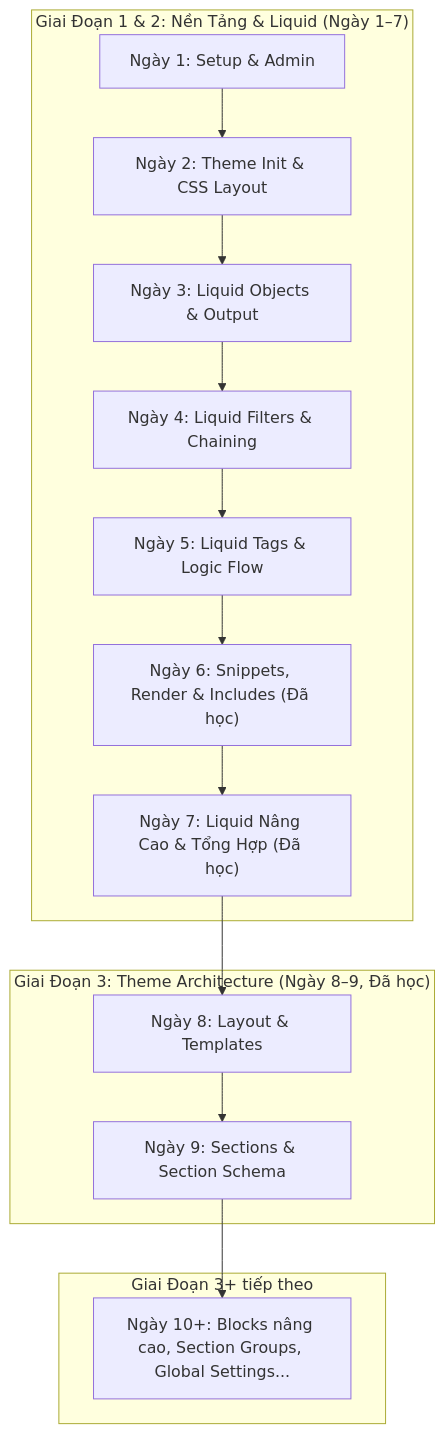
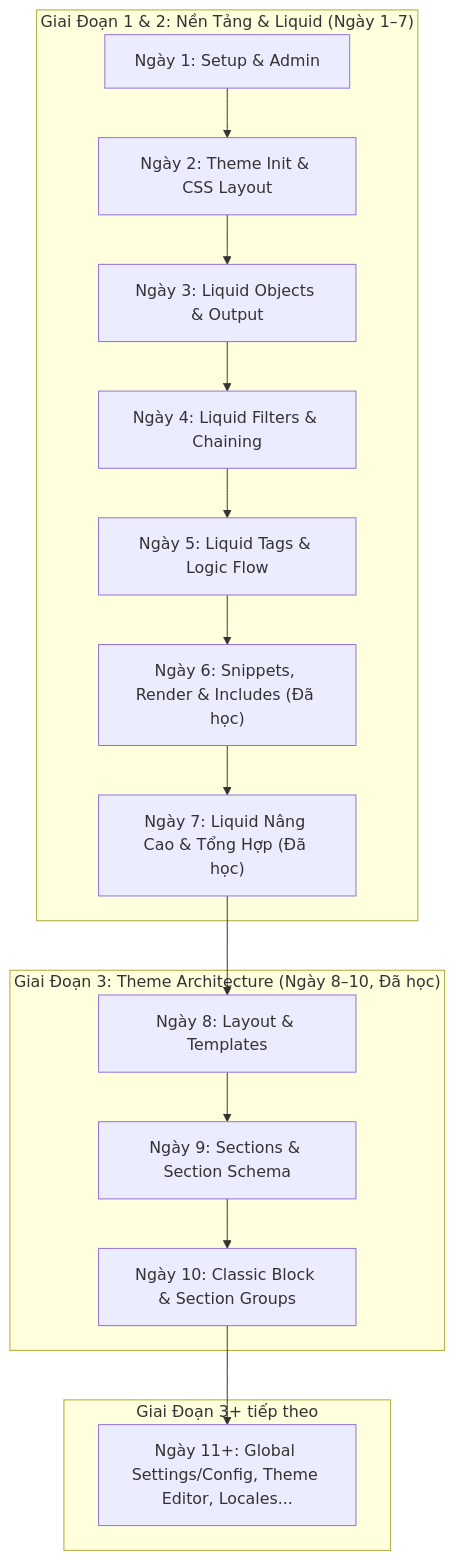
One commit to phamduc-is/shopify-liquid changed the diagram in docs/shopify-liquid-summary.md. Above: the diagram before and after it, drawn with Mermaid. The commit also changed other lines of this file and 2 other files, not shown here.

````diff
--- a/docs/shopify-liquid-summary.md
+++ b/docs/shopify-liquid-summary.md
@@ -36,20 +37,21 @@
 ```mermaid
 graph TD
     subgraph Giai_Doan_1_Va_2 ["Giai Đoạn 1 & 2: Nền Tảng & Liquid (Ngày 1–7)"]
         D1["Ngày 1: Setup & Admin"] --> D2["Ngày 2: Theme Init & CSS Layout"]
         D2 --> D3["Ngày 3: Liquid Objects & Output"]
         D3 --> D4["Ngày 4: Liquid Filters & Chaining"]
         D4 --> D5["Ngày 5: Liquid Tags & Logic Flow"]
         D5 --> D6["Ngày 6: Snippets, Render & Includes (Đã học)"]
         D6 --> D7["Ngày 7: Liquid Nâng Cao & Tổng Hợp (Đã học)"]
     end
     
-    subgraph Giai_Doan_3 ["Giai Đoạn 3: Theme Architecture (Ngày 8–9, Đã học)"]
+    subgraph Giai_Doan_3 ["Giai Đoạn 3: Theme Architecture (Ngày 8–10, Đã học)"]
         D7 --> D8["Ngày 8: Layout & Templates"]
         D8 --> D9["Ngày 9: Sections & Section Schema"]
+        D9 --> D10["Ngày 10: Classic Block & Section Groups"]
     end
 
     subgraph Giai_Doan_Tiep_Theo ["Giai Đoạn 3+ tiếp theo"]
-        D9 --> D10_Plus["Ngày 10+: Blocks nâng cao, Section Groups, Global Settings..."]
+        D10 --> D11_Plus["Ngày 11+: Global Settings/Config, Theme Editor, Locales..."]
     end
 ```
````
